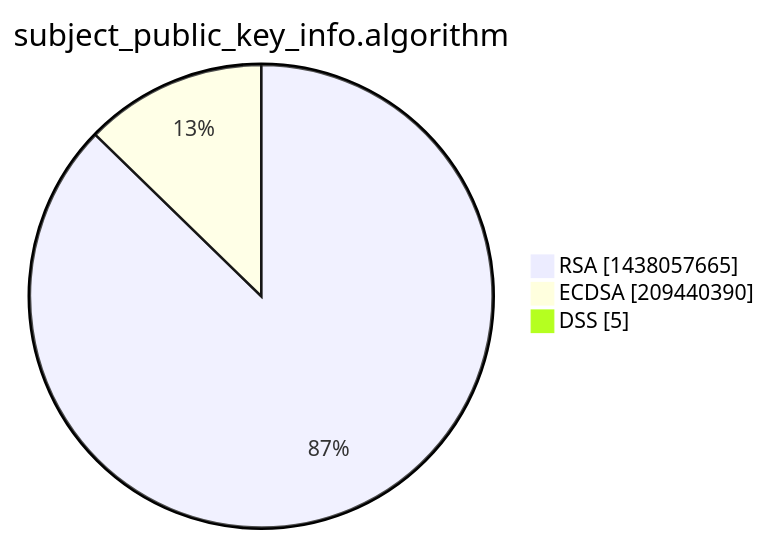
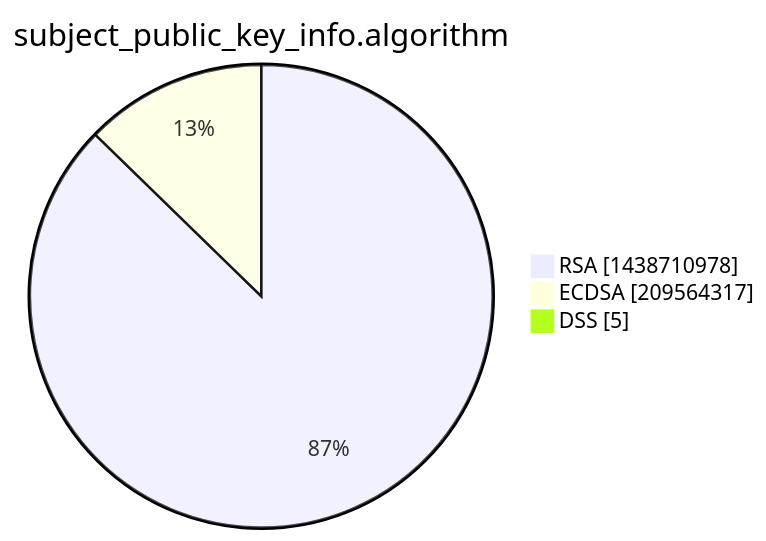
Before and after one commit to christiankrug/ctmonitor_visualization: the third of 15 diagrams in xenon2022/README.md, drawn with Mermaid. The commit also changed other lines of this file, not shown here.

````diff
--- a/xenon2022/README.md
+++ b/xenon2022/README.md
@@ -14,7 +14,7 @@
 ```mermaid
 pie showData
 title subject_public_key_info.algorithm
-"RSA" :1438057665
-"ECDSA" :209440390
+"RSA" :1438710978
+"ECDSA" :209564317
 "DSS" :5
 ```
````
